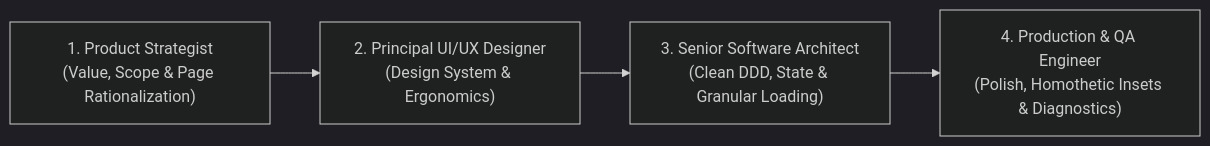
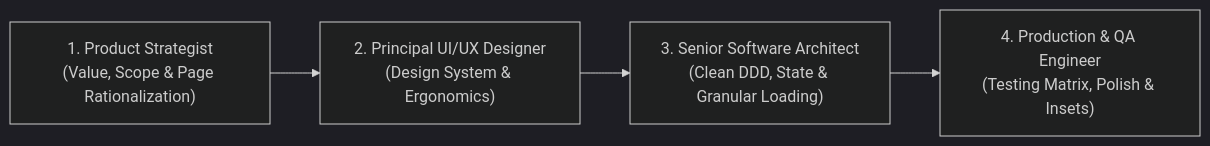
One commit to Rodrigue-k/agent-skills changed the first of 3 diagrams in skills/senior-mobile-developer/SKILL.md. Above: the diagram before and after it, drawn with Mermaid (dark theme). The commit also changed other lines of this file and 1 other file, not shown here.

Commit message:
feat(skills): expand senior-mobile-developer with 8-tier testing matrix, app lifecycle, chaos testing, and CI/CD observability

````diff
--- a/skills/senior-mobile-developer/SKILL.md
+++ b/skills/senior-mobile-developer/SKILL.md
@@ -35,6 +36,6 @@
 ```mermaid
 graph LR
     A["1. Product Strategist<br/>(Value, Scope & Page Rationalization)"] --> B["2. Principal UI/UX Designer<br/>(Design System & Ergonomics)"]
     B --> C["3. Senior Software Architect<br/>(Clean DDD, State & Granular Loading)"]
-    C --> D["4. Production & QA Engineer<br/>(Polish, Homothetic Insets & Diagnostics)"]
+    C --> D["4. Production & QA Engineer<br/>(Testing Matrix, Polish & Insets)"]
 ```
````
